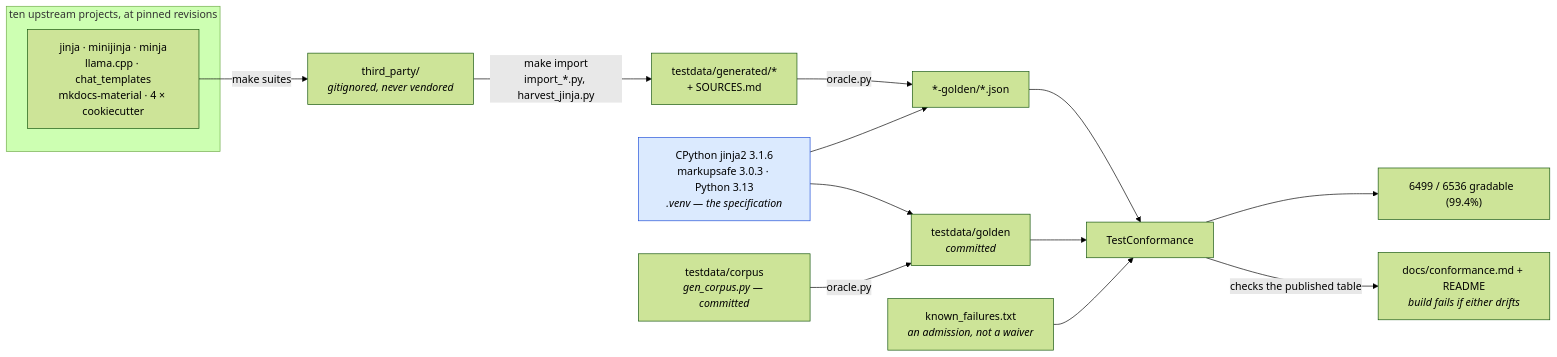
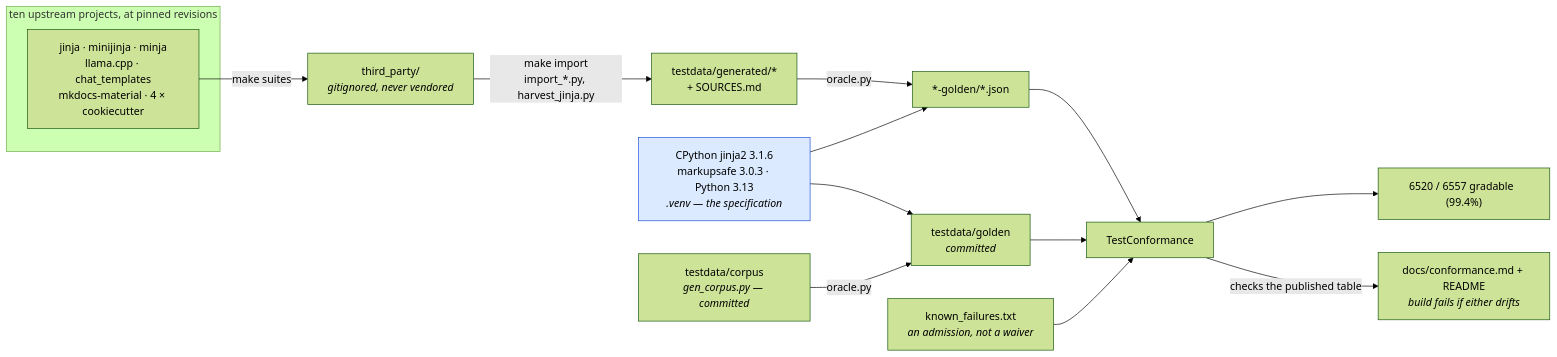
One commit to mgilbir/gojja2 changed the first of 2 diagrams in docs/conformance.md. Above: the diagram before and after it, drawn with Mermaid (forest theme). The commit also changed other lines of this file and 65 other files, not shown here.

````diff
--- a/docs/conformance.md
+++ b/docs/conformance.md
@@ -17,24 +17,24 @@
 ```mermaid
 flowchart LR
     subgraph up["ten upstream projects, at pinned revisions"]
         U1["jinja · minijinja · minja<br/>llama.cpp · chat_templates<br/>mkdocs-material · 4 × cookiecutter"]
     end
     U1 -->|"make suites"| TP["third_party/<br/><i>gitignored, never vendored</i>"]
     TP -->|"make import<br/>import_*.py, harvest_jinja.py"| GEN["testdata/generated/*<br/>+ SOURCES.md"]
 
     ORA["CPython jinja2 3.1.6<br/>markupsafe 3.0.3 · Python 3.13<br/><i>.venv — the specification</i>"]
     GEN -->|"oracle.py"| G2["*-golden/*.json"]
     ORA --> G2
 
     OWN["testdata/corpus<br/><i>gen_corpus.py — committed</i>"] -->|"oracle.py"| G1["testdata/golden<br/><i>committed</i>"]
     ORA --> G1
 
     G1 --> TC["TestConformance"]
     G2 --> TC
     KF["known_failures.txt<br/><i>an admission, not a waiver</i>"] --> TC
-    TC --> RATE["6499 / 6536 gradable  (99.4%)"]
+    TC --> RATE["6520 / 6557 gradable  (99.4%)"]
     TC -->|"checks the published table"| RM["docs/conformance.md + README<br/><i>build fails if either drifts</i>"]
 
     classDef spec fill:#dbeafe,stroke:#1d4ed8,color:#000
     class ORA spec
 ```
````
